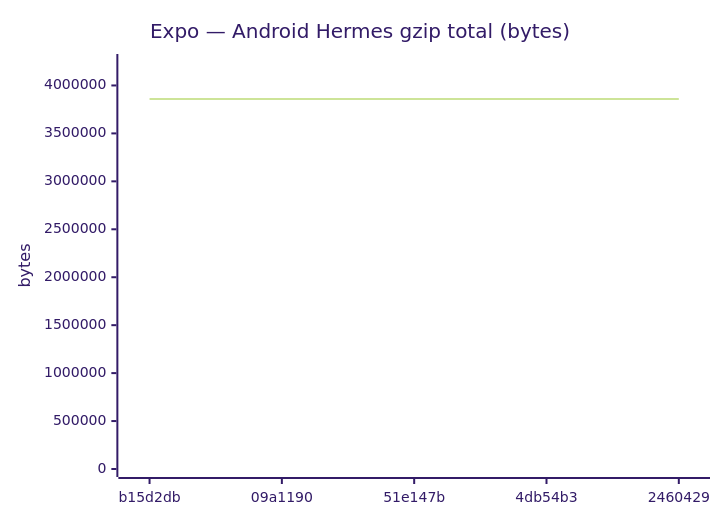
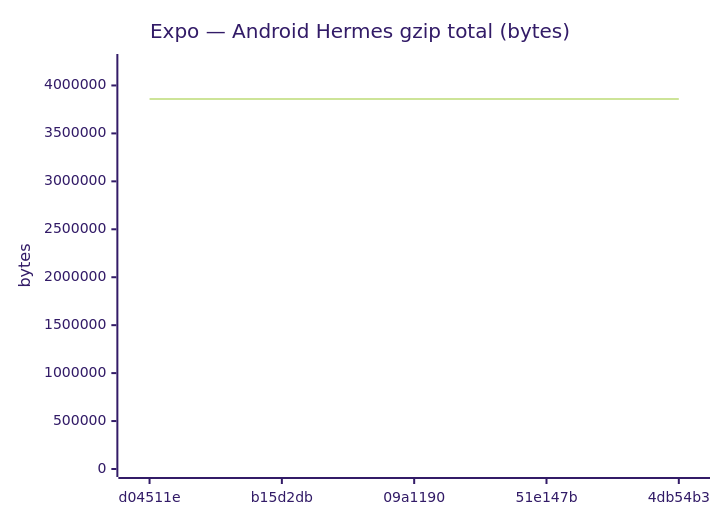
Before and after one commit to Metaheurist/Rianell: diagram 11 of 18 in benchmarks/compare.md, drawn with Mermaid (forest theme). The commit also changed other lines of this file and 11 other files, not shown here.

````diff
--- a/benchmarks/compare.md
+++ b/benchmarks/compare.md
@@ -172,7 +172,7 @@
 ```mermaid
 xychart-beta
     title "Expo — Android Hermes gzip total (bytes)"
-    x-axis ["b15d2db", "09a1190", "51e147b", "4db54b3", "2460429"]
-    y-axis "bytes" 0 --> 4244641
-    line [3858195, 3858763, 3858763, 3858762, 3858764]
+    x-axis ["d04511e", "b15d2db", "09a1190", "51e147b", "4db54b3"]
+    y-axis "bytes" 0 --> 4244640
+    line [3858192, 3858195, 3858763, 3858763, 3858762]
 ```
````
